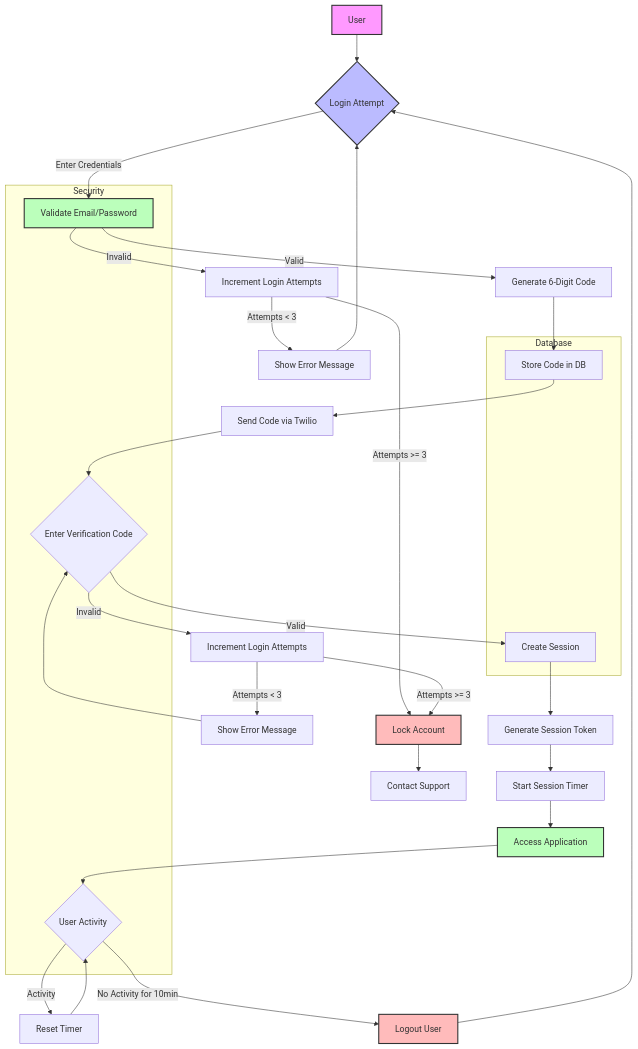
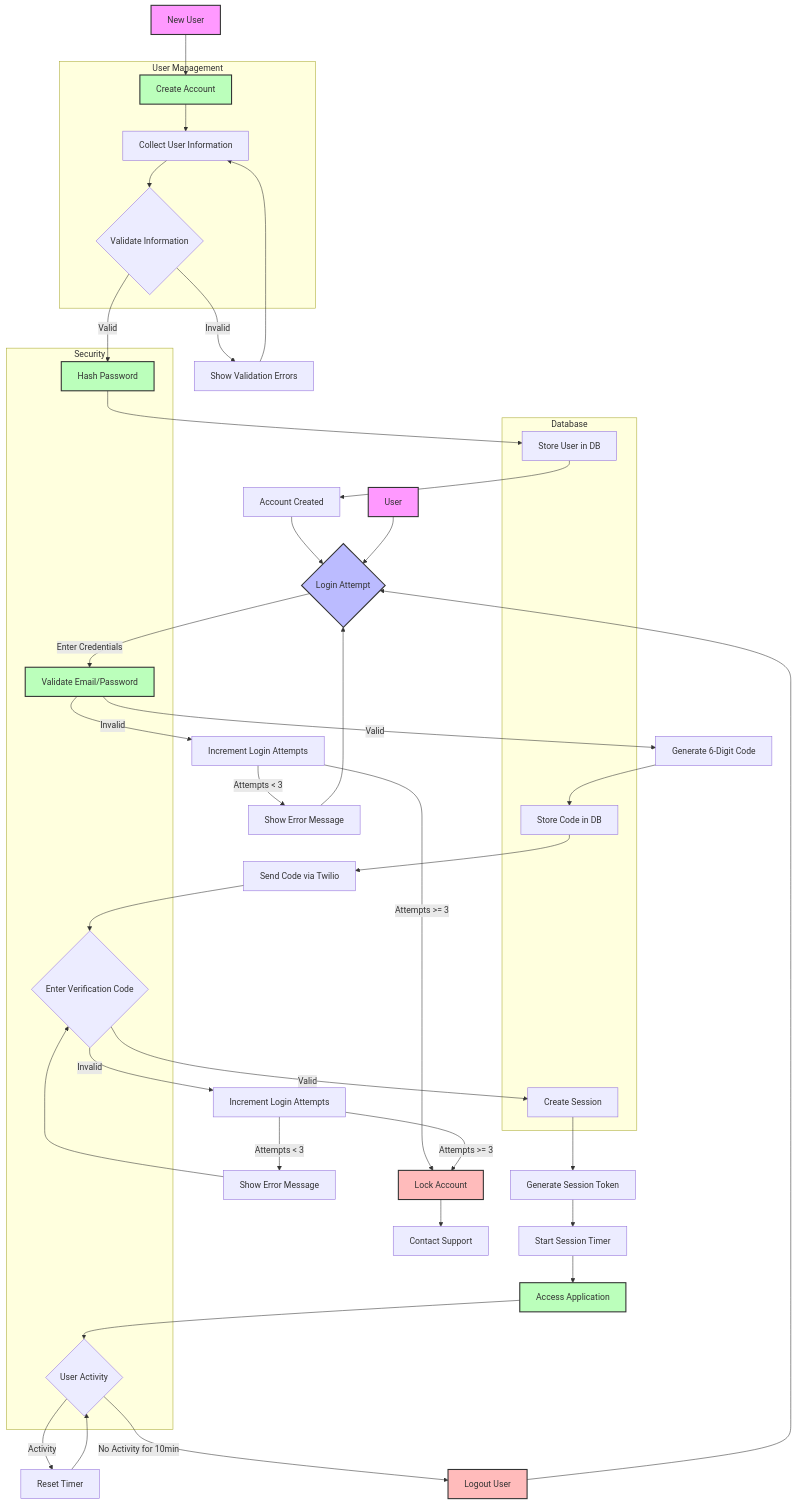
One commit to xaviercaracter/MFAProduct changed the diagram in app_flow.md. Above: the diagram before and after it, drawn with Mermaid.

Commit message:
Added create account page for flowchart

````diff
--- a/app_flow.md
+++ b/app_flow.md
@@ -1,53 +1,76 @@
 ```mermaid
 flowchart TD
+    Start[New User] --> CreateAccount[Create Account]
+    CreateAccount --> CollectInfo[Collect User Information]
+    CollectInfo --> ValidateInfo{Validate Information}
+    
+    ValidateInfo -->|Invalid| ShowError[Show Validation Errors]
+    ShowError --> CollectInfo
+    
+    ValidateInfo -->|Valid| HashPassword[Hash Password]
+    HashPassword --> StoreUser[Store User in DB]
+    StoreUser --> AccountCreated[Account Created]
+    AccountCreated --> B
+    
     A[User] --> B{Login Attempt}
     B -->|Enter Credentials| C[Validate Email/Password]
     
     C -->|Invalid| D[Increment Login Attempts]
     D -->|Attempts < 3| E[Show Error Message]
     E --> B
     
     D -->|Attempts >= 3| F[Lock Account]
     F --> G[Contact Support]
     
     C -->|Valid| H[Generate 6-Digit Code]
     H --> I[Store Code in DB]
     I --> J[Send Code via Twilio]
     
     J --> K{Enter Verification Code}
     K -->|Invalid| L[Increment Login Attempts]
     L -->|Attempts < 3| M[Show Error Message]
     M --> K
     
     L -->|Attempts >= 3| F
     
     K -->|Valid| N[Create Session]
     N --> O[Generate Session Token]
     O --> P[Start Session Timer]
     P --> Q[Access Application]
     
     Q --> R{User Activity}
     R -->|Activity| S[Reset Timer]
     S --> R
     
     R -->|No Activity for 10min| T[Logout User]
     T --> B
 
     subgraph Database
+        StoreUser
         I
         N
     end
 
     subgraph Security
+        HashPassword
         C
         K
         R
     end
 
+    subgraph User Management
+        CreateAccount
+        CollectInfo
+        ValidateInfo
+    end
+
+    style Start fill:#f9f,stroke:#333,stroke-width:2px
     style A fill:#f9f,stroke:#333,stroke-width:2px
     style B fill:#bbf,stroke:#333,stroke-width:2px
     style C fill:#bfb,stroke:#333,stroke-width:2px
     style F fill:#fbb,stroke:#333,stroke-width:2px
     style Q fill:#bfb,stroke:#333,stroke-width:2px
     style T fill:#fbb,stroke:#333,stroke-width:2px
+    style CreateAccount fill:#bfb,stroke:#333,stroke-width:2px
+    style HashPassword fill:#bfb,stroke:#333,stroke-width:2px
 ``` 
````
